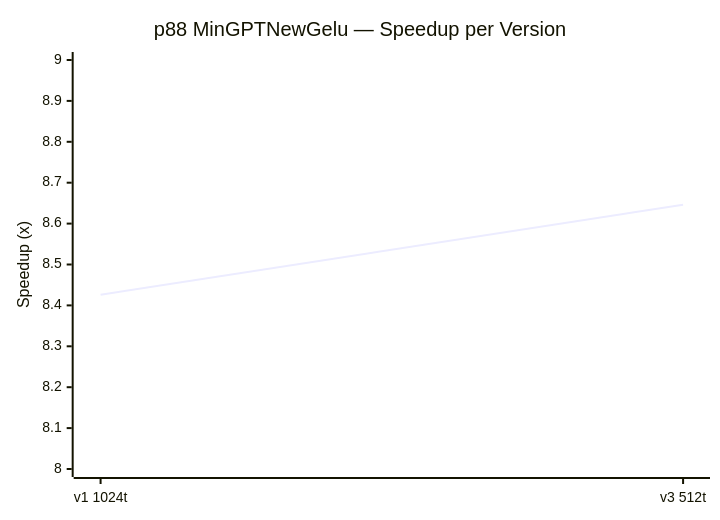
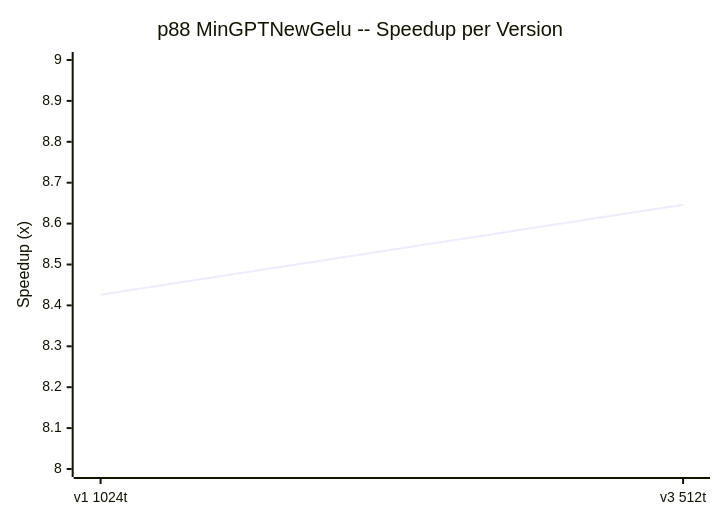
Before and after one commit to dkreinov/blackwell-autoresearch: the third of 3 diagrams in reports/06_activation_optimization.md, drawn with Mermaid. The commit also changed other lines of this file and 11 other files, not shown here.

````diff
--- a/reports/06_activation_optimization.md
+++ b/reports/06_activation_optimization.md
@@ -86,7 +86,7 @@
 ```mermaid
 xychart-beta
-    title "p88 MinGPTNewGelu — Speedup per Version"
+    title "p88 MinGPTNewGelu -- Speedup per Version"
     x-axis ["v1 1024t", "v3 512t"]
     y-axis "Speedup (x)" 8.0 --> 9.0
     line [8.426, 8.646]
 ```
````
